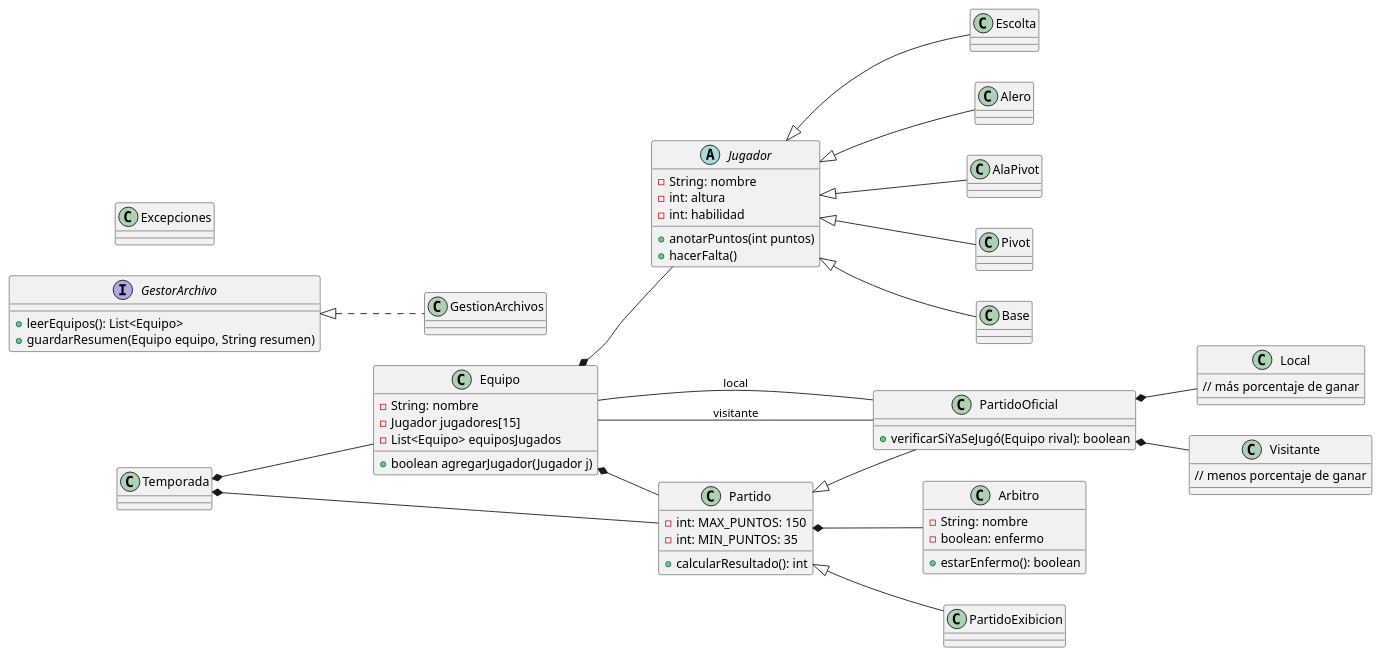
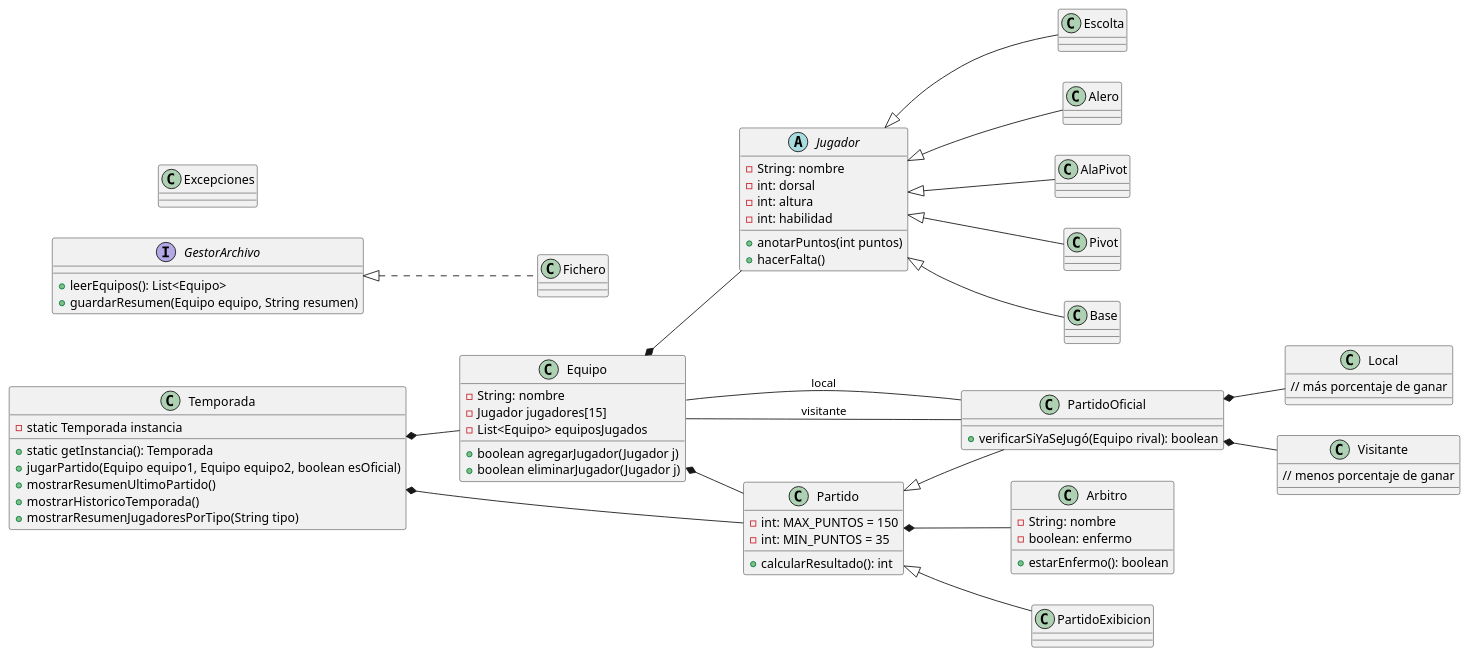
Before and after one commit to Jorgge22/Practica_3Evaluacion: the diagram in practica/disenyo/disenyo.pu, drawn with PlantUML. The commit also changed 20 other files, not shown here.

```diff
--- a/practica/disenyo/disenyo.pu
+++ b/practica/disenyo/disenyo.pu
@@ -1,97 +1,103 @@
 @startuml basket
 left to right direction
 
 class Equipo {
     -String: nombre
     -Jugador jugadores[15]
     -List<Equipo> equiposJugados
     +boolean agregarJugador(Jugador j)
+    +boolean eliminarJugador(Jugador j)
 }
 
 abstract class Jugador {
     -String: nombre
+    -int: dorsal
     -int: altura
     -int: habilidad
     +anotarPuntos(int puntos)
     +hacerFalta()
 }
 
 class Base {
 }
 
 class Escolta {
 }
 
 class Alero {
 }
 
 class AlaPivot {
 }
 
 class Pivot {
 }
 
 class Partido {
-    -int: MAX_PUNTOS: 150
-    -int: MIN_PUNTOS: 35
+    -int: MAX_PUNTOS = 150
+    -int: MIN_PUNTOS = 35
     +calcularResultado(): int
 }
 
 class PartidoExibicion {
 }
 
 class PartidoOficial {
     +verificarSiYaSeJugó(Equipo rival): boolean
 }
 
 class Local {
     // más porcentaje de ganar
 }
 
 class Visitante {
     // menos porcentaje de ganar
 }
 
 class Arbitro {
     -String: nombre
     -boolean: enfermo
     +estarEnfermo(): boolean
 }
 
 interface GestorArchivo {
     +leerEquipos(): List<Equipo>
     +guardarResumen(Equipo equipo, String resumen)
 }
 
-class Temporada{
-
+class Temporada {
+    -static Temporada instancia
+    +static getInstancia(): Temporada
+    +jugarPartido(Equipo equipo1, Equipo equipo2, boolean esOficial)
+    +mostrarResumenUltimoPartido()
+    +mostrarHistoricoTemporada()
+    +mostrarResumenJugadoresPorTipo(String tipo)
 }
 
 class Excepciones{
-
 }
 
 Temporada *-- Partido
 Temporada *-- Equipo
 
 Equipo *-- Jugador
 Equipo *-- Partido
 
 Jugador <|-- Base
 Jugador <|-- Escolta
 Jugador <|-- Alero
 Jugador <|-- AlaPivot
 Jugador <|-- Pivot
 
 Partido *-- Arbitro
 Partido <|-- PartidoOficial
 Partido <|-- PartidoExibicion
 
 PartidoOficial *-- Local
 PartidoOficial *-- Visitante
 PartidoOficial -- Equipo : local
 PartidoOficial -- Equipo : visitante
 
-GestorArchivo <|.. GestionArchivos
+GestorArchivo <|.. Fichero
 
 @enduml
```
